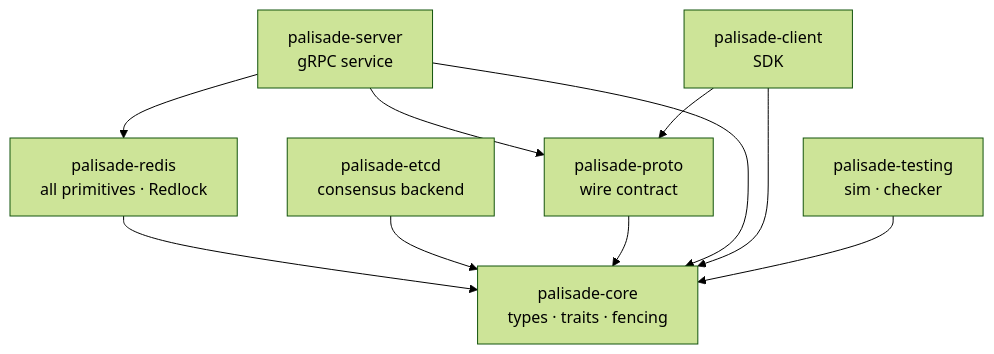
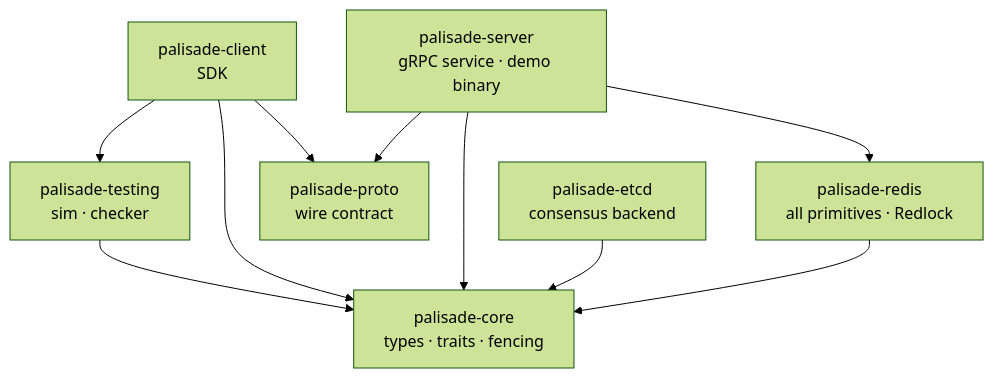
One commit to MaNiSh-9211/LockDis changed the second of 8 diagrams in ARCHITECTURE.md. Above: the diagram before and after it, drawn with Mermaid (forest theme). The commit also changed other lines of this file, not shown here.

First line of the commit message:
Fix architecture diagrams against the code; document demo surface

````diff
--- a/ARCHITECTURE.md
+++ b/ARCHITECTURE.md
@@ -36,20 +40,20 @@
 ```mermaid
 graph TD
     CORE[palisade-core<br/>types · traits · fencing]
     REDIS[palisade-redis<br/>all primitives · Redlock]
     ETCD[palisade-etcd<br/>consensus backend]
     PROTO[palisade-proto<br/>wire contract]
-    SERVER[palisade-server<br/>gRPC service]
+    SERVER[palisade-server<br/>gRPC service · demo binary]
     CLIENT[palisade-client<br/>SDK]
     TESTING[palisade-testing<br/>sim · checker]
 
     REDIS --> CORE
     ETCD --> CORE
-    PROTO --> CORE
     SERVER --> CORE
     SERVER --> REDIS
     SERVER --> PROTO
     CLIENT --> CORE
     CLIENT --> PROTO
+    CLIENT --> TESTING
     TESTING --> CORE
 ```
````
